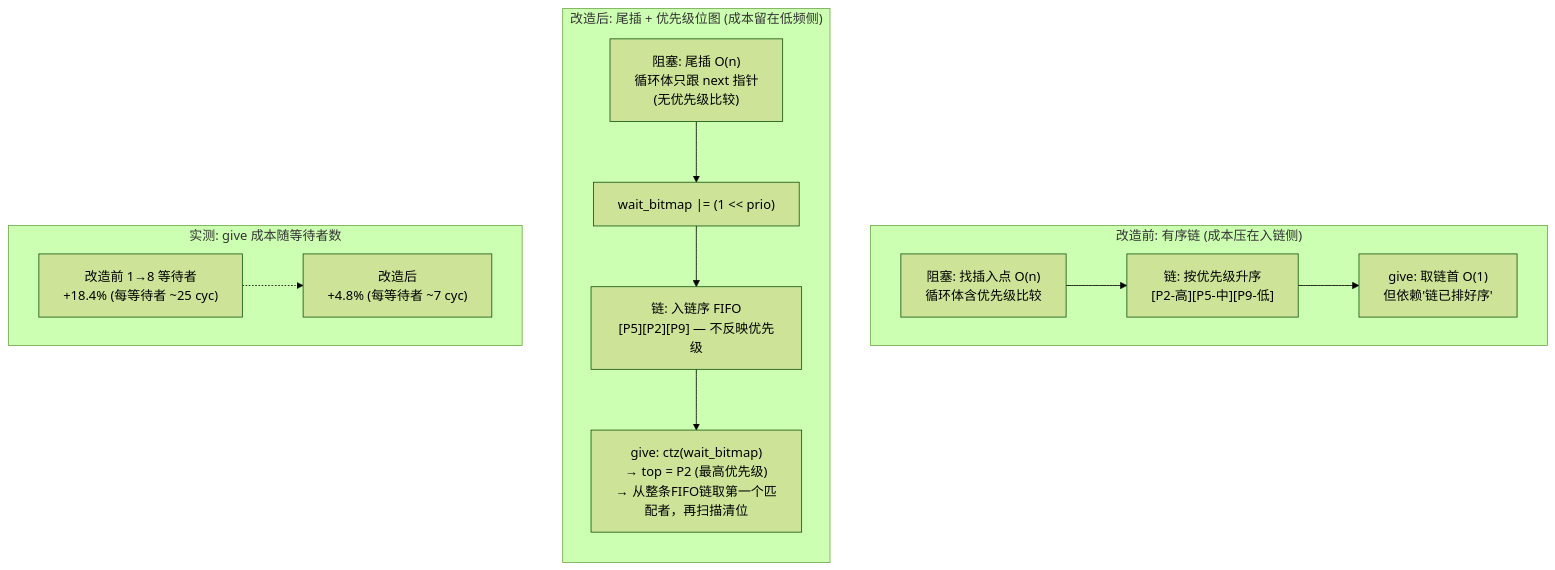
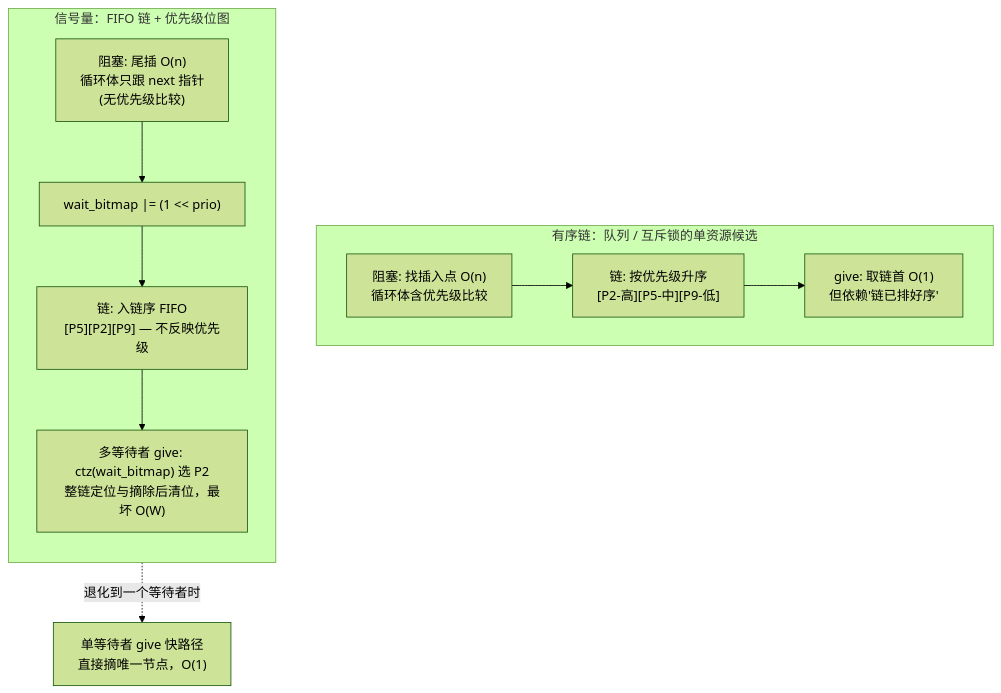
Diagram 13 of 18 in docs/rtos_design.md (ArchHang/RTOS), drawn with Mermaid (forest theme) before and after one commit. The commit also changed other lines of this file and 15 other files, not shown here.

First line of the commit message:
docs(rtos): expand architecture and integration handbook

````diff
--- a/docs/rtos_design.md
+++ b/docs/rtos_design.md
@@ -1337,20 +1576,17 @@
 ```mermaid
 flowchart TB
-    subgraph BEFORE["改造前: 有序链 (成本压在入链侧)"]
+    subgraph BEFORE["有序链：队列 / 互斥锁的单资源候选"]
         direction LR
         B1["阻塞: 找插入点 O(n)<br/>循环体含优先级比较"] --> B2["链: 按优先级升序<br/>[P2-高][P5-中][P9-低]"]
         B2 --> B3["give: 取链首 O(1)<br/>但依赖'链已排好序'"]
     end
 
-    subgraph AFTER["改造后: 尾插 + 优先级位图 (成本留在低频侧)"]
+    subgraph AFTER["信号量：FIFO 链 + 优先级位图"]
         direction TB
         A1["阻塞: 尾插 O(n)<br/>循环体只跟 next 指针<br/>(无优先级比较)"] --> A2["wait_bitmap |= (1 << prio)"]
         A2 --> A3["链: 入链序 FIFO<br/>[P5][P2][P9] — 不反映优先级"]
-        A3 --> A4["give: ctz(wait_bitmap)<br/>→ top = P2 (最高优先级)<br/>→ 从整条FIFO链取第一个匹配者，再扫描清位"]
+        A3 --> A4["多等待者 give: ctz(wait_bitmap) 选 P2<br/>整链定位与摘除后清位，最坏 O(W)"]
     end
-
-    subgraph COST["实测: give 成本随等待者数"]
-        direction LR
-        C1["改造前 1→8 等待者<br/>+18.4% (每等待者 ~25 cyc)"] -.-> C2["改造后<br/>+4.8% (每等待者 ~7 cyc)"]
-    end
+    A5["单等待者 give 快路径<br/>直接摘唯一节点，O(1)"]
+    AFTER -. "退化到一个等待者时" .-> A5
 ```
````
